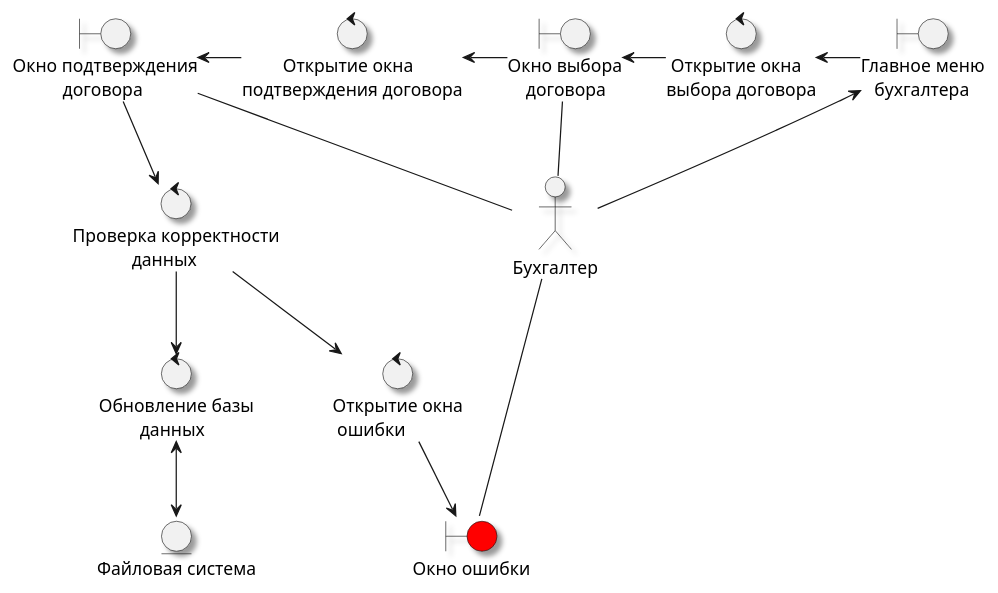
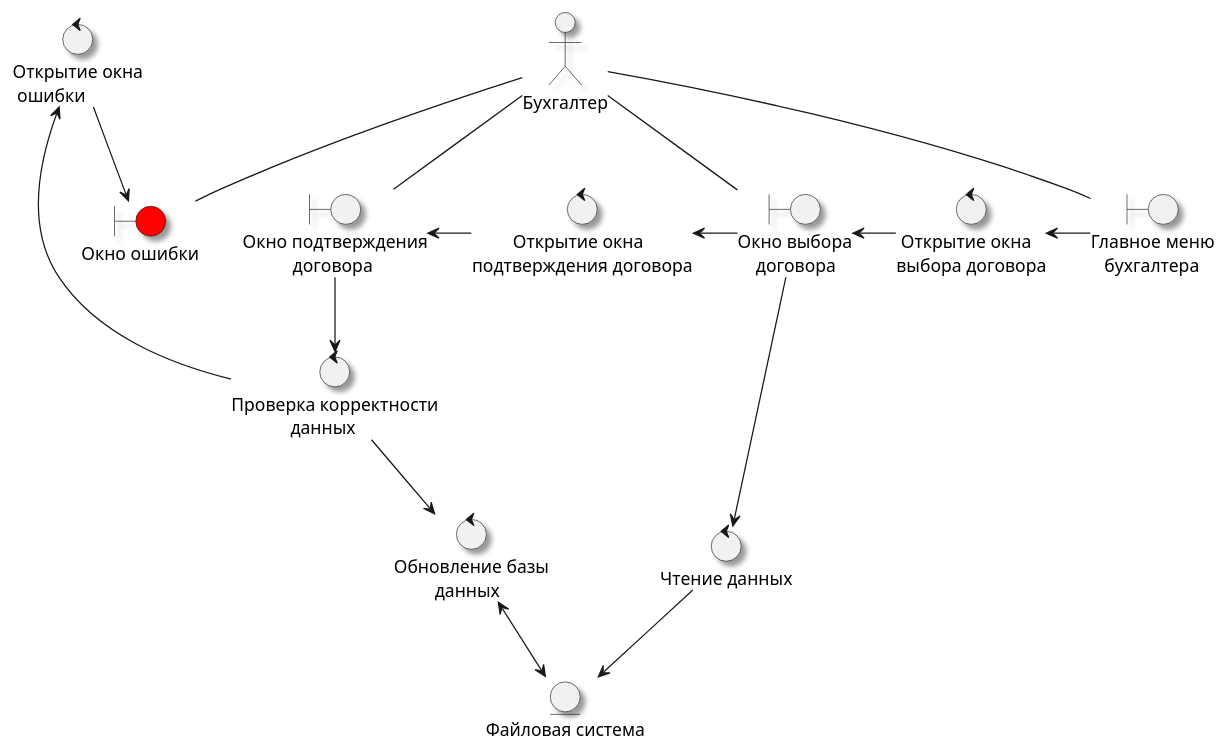
Before and after one commit to MiFit1/OSOGO: the diagram in Resource/Диаграммы пригодности/Подтверждение договора (Бухгалтер).wsd, drawn with PlantUML. The commit also changed 48 other files, not shown here.

Commit message:
Обновлены диаграммы. Обновлена ПЗ.

```diff
--- a/Resource/Диаграммы пригодности/Подтверждение договора (Бухгалтер).wsd
+++ b/Resource/Диаграммы пригодности/Подтверждение договора (Бухгалтер).wsd
@@ -1,31 +1,34 @@
 @startuml
 skinparam Shadowing true
 actor "Бухгалтер" as accountant
 boundary "Главное меню\n   бухгалтера" as mainMenuAc
 boundary "Окно выбора\n    договора" as contractWindow
 boundary "Окно подтверждения\n           договора" as accessContractWindow
 boundary "Окно ошибки" as errorWindow #Red
 
 control "Открытие окна\n ошибки" as errorWindowControl
 control " Открытие окна\nвыбора договора" as contractWindowControl
 control "         Открытие окна\nподтверждения договора" as accessContractWindowControl
 control "Проверка корректности\n             данных" as checkCorrectData
 control "Обновление базы\n         данных" as updateDatabase
+control "Чтение данных" as readData
 entity "Файловая система" as fs
 
-accountant -u-> mainMenuAc
+accountant -u- mainMenuAc
 mainMenuAc -l-> contractWindowControl
 contractWindowControl -l-> contractWindow
 contractWindow -l-> accessContractWindowControl
+contractWindow --> readData
+readData --> fs
 accessContractWindowControl -l-> accessContractWindow
 accessContractWindow --> checkCorrectData
 updateDatabase <--> fs
-checkCorrectData --> errorWindowControl
+checkCorrectData -u-> errorWindowControl
 checkCorrectData --> updateDatabase
 errorWindowControl --> errorWindow
 
 accountant -- contractWindow
 accountant -- accessContractWindow
 accountant -- errorWindow
 
 @enduml
```
